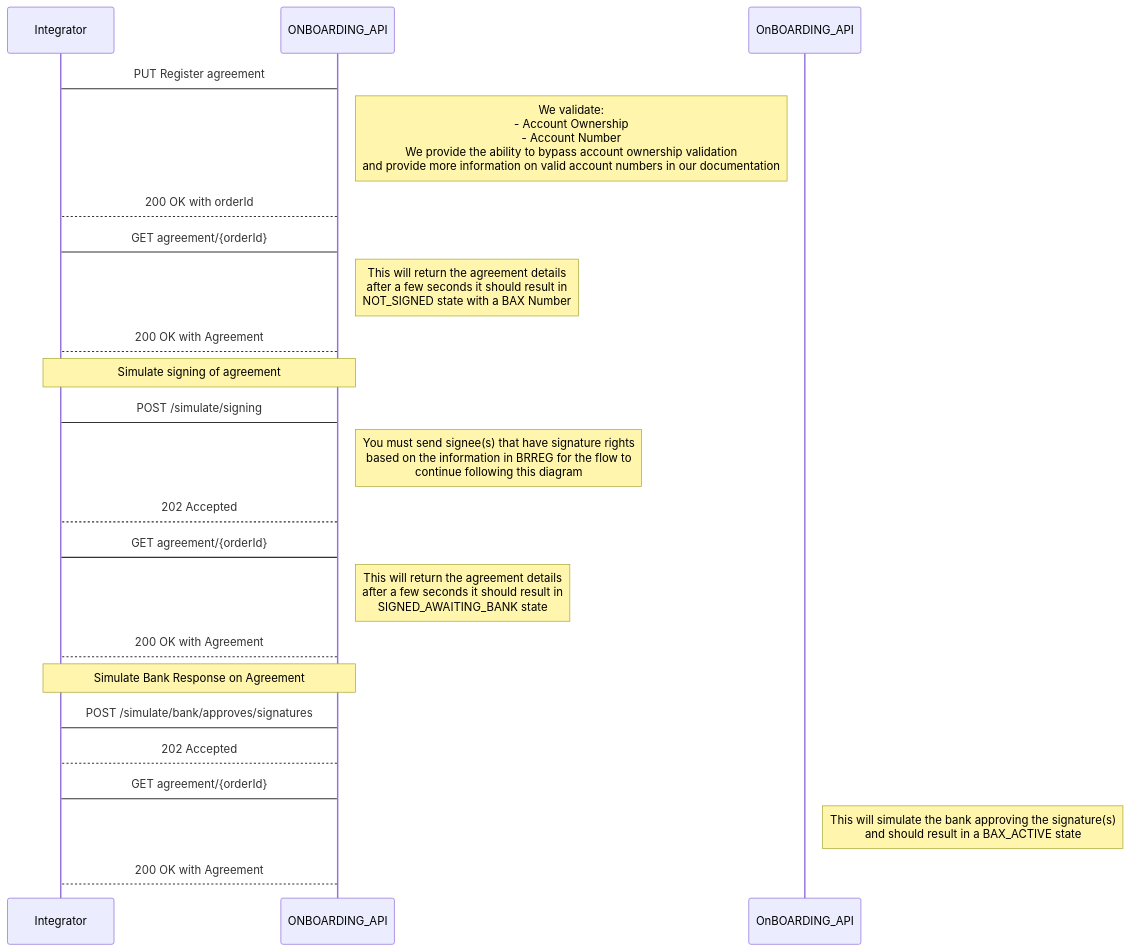
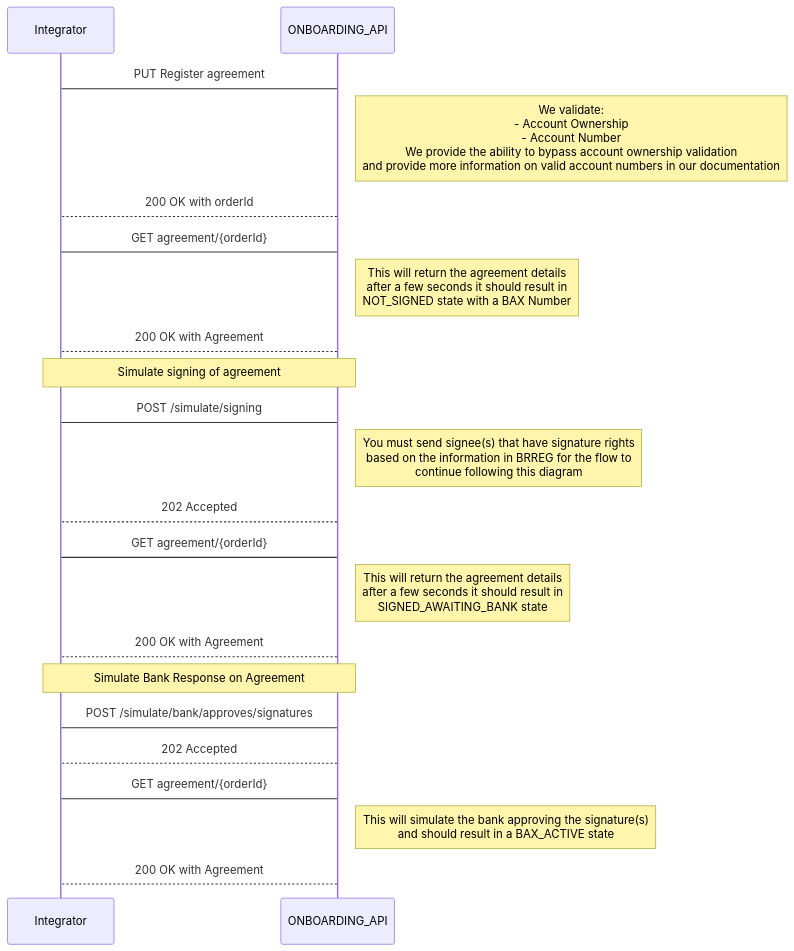
Before and after one commit to BankAxept/bankaxept-onboarding-external-documentation: the fourth of 5 diagrams in docs/getting_started.md, drawn with Mermaid. The commit also changed other lines of this file, not shown here.

````diff
--- a/docs/getting_started.md
+++ b/docs/getting_started.md
@@ -90,29 +90,29 @@
 ```mermaid
 sequenceDiagram
 participant Integrator
 participant ONBOARDING_API
 
 Integrator -> ONBOARDING_API: PUT Register agreement
 note right of ONBOARDING_API: We validate: <br/> - Account Ownership <br/> - Account Number <br/> We provide the ability to bypass account ownership validation <br/> and provide more information on valid account numbers in our documentation
 ONBOARDING_API --> Integrator: 200 OK with orderId
 
 Integrator -> ONBOARDING_API : GET agreement/{orderId}
 note right of ONBOARDING_API: This will return the agreement details <br/> after a few seconds it should result in <br/> NOT_SIGNED state with a BAX Number
 ONBOARDING_API --> Integrator: 200 OK with Agreement
 note over Integrator, ONBOARDING_API: Simulate signing of agreement
 Integrator -> ONBOARDING_API: POST /simulate/signing
 note right of ONBOARDING_API: You must send signee(s) that have signature rights <br/> based on the information in BRREG for the flow to <br/> continue following this diagram
 ONBOARDING_API --> Integrator: 202 Accepted
 Integrator -> ONBOARDING_API : GET agreement/{orderId}
 note right of ONBOARDING_API: This will return the agreement details <br/> after a few seconds it should result in <br/> SIGNED_AWAITING_BANK state
 ONBOARDING_API --> Integrator: 200 OK with Agreement
 
 note over Integrator, ONBOARDING_API: Simulate Bank Response on Agreement
 
 Integrator -> ONBOARDING_API: POST /simulate/bank/approves/signatures
 
 ONBOARDING_API --> Integrator: 202 Accepted
 Integrator -> ONBOARDING_API : GET agreement/{orderId}
-note right of OnBOARDING_API: This will simulate the bank approving the signature(s) <br/> and should result in a BAX_ACTIVE state
+note right of ONBOARDING_API: This will simulate the bank approving the signature(s) <br/> and should result in a BAX_ACTIVE state
 ONBOARDING_API --> Integrator: 200 OK with Agreement
 ```
````
